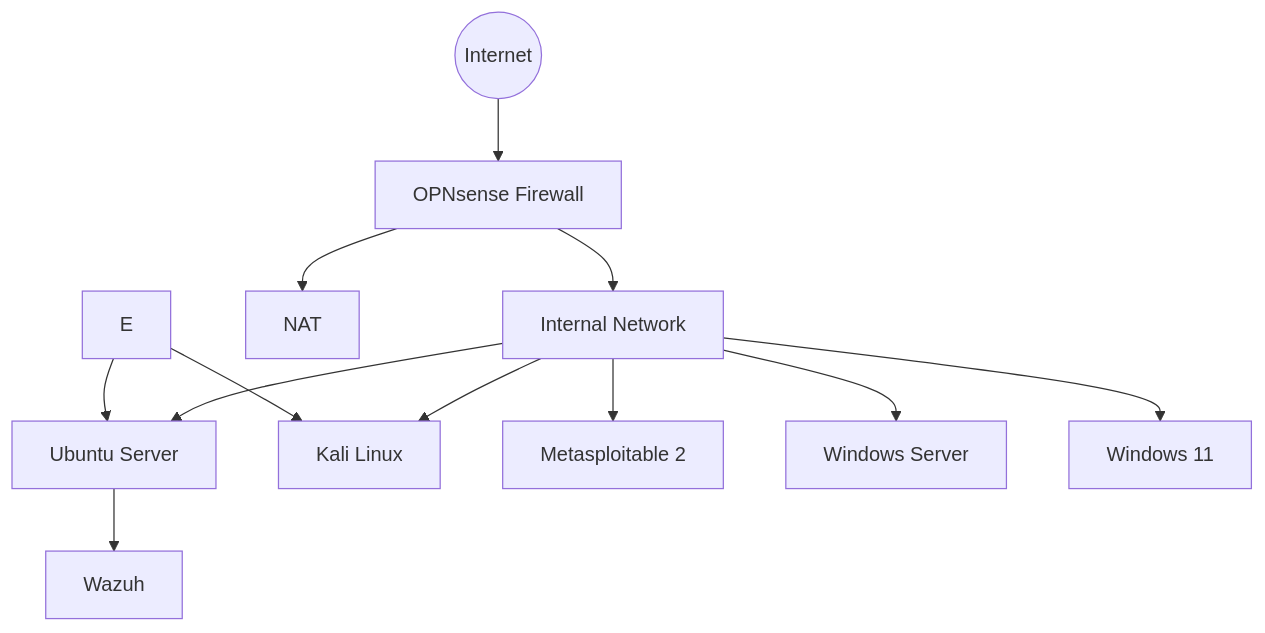
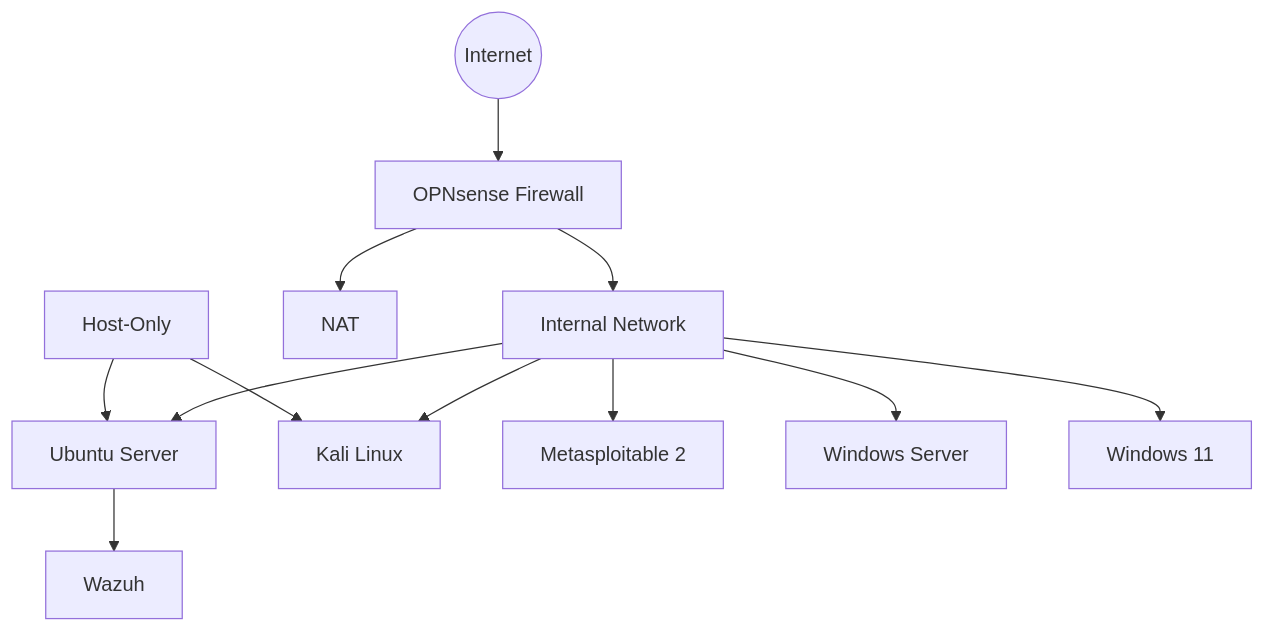
The diagram in README.md (Nirus07/home-lab), drawn with Mermaid before and after one commit.

Commit message:
Add Host-Only connection to flowchart in README

````diff
--- a/README.md
+++ b/README.md
@@ -7,18 +7,18 @@
 ```mermaid
 flowchart TD
     A((Internet)) --> B[OPNsense Firewall]
     B --> C[Internal Network]
     B --> L[NAT]
-    
+    E[Host-Only]
 
     C --> F[Ubuntu Server]
     E --> F[Ubuntu Server]
     C --> G[Kali Linux]
     E --> G[Kali Linux]
     C --> H[Metasploitable 2]
     C --> I[Windows Server]
     C --> J[Windows 11]
 
     F --> K[Wazuh]
     
 ```
````
